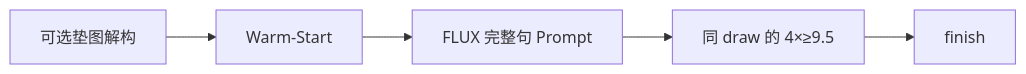
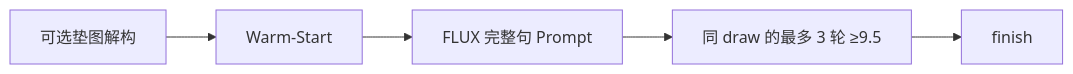
The fourth of 14 diagrams in USER_MANUAL.md (mry-ship/pmem-art), drawn with Mermaid before and after one commit. The commit also changed other lines of this file and 20 other files, not shown here.

````diff
--- a/USER_MANUAL.md
+++ b/USER_MANUAL.md
@@ -158,7 +158,7 @@
 ```mermaid
 flowchart LR
   A[可选垫图解构] --> B[Warm-Start]
   B --> C[FLUX 完整句 Prompt]
-  C --> D[同 draw 的 4×≥9.5]
+  C --> D[同 draw 的最多 3 轮 ≥9.5]
   D --> E[finish]
 ```
````
